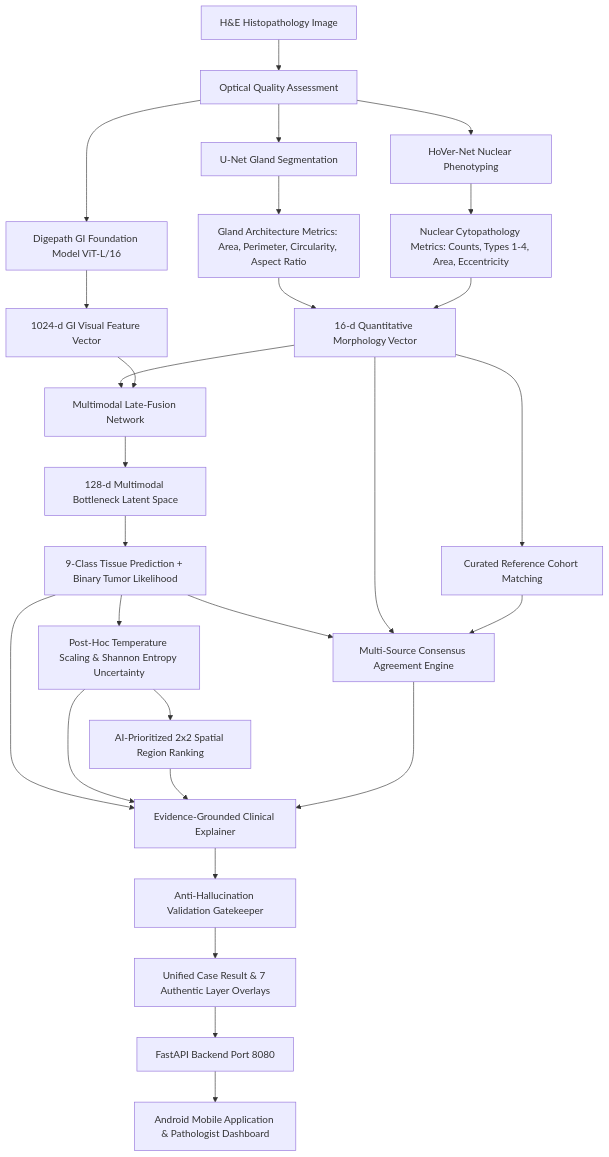
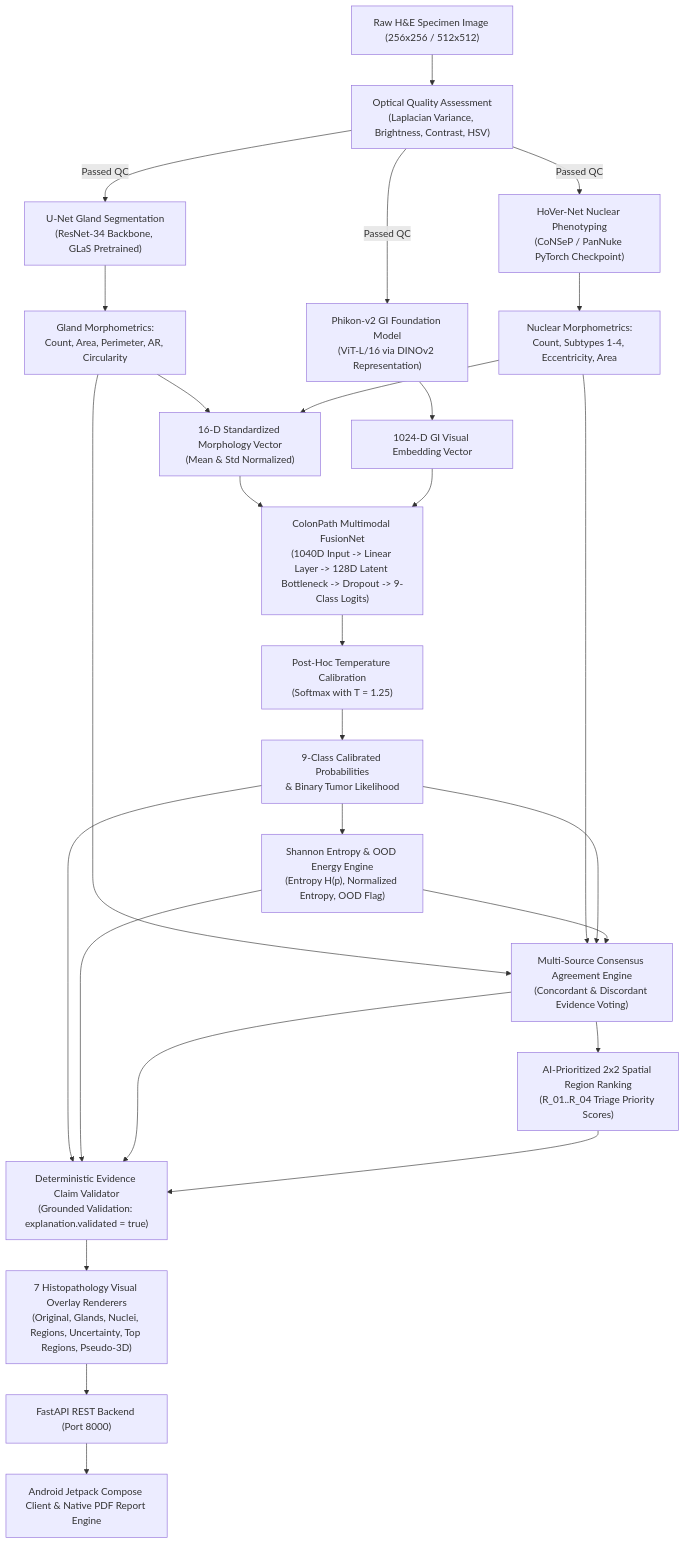
One commit to Adithya-PK/colonPath changed the diagram in README.md. Above: the diagram before and after it, drawn with Mermaid. The commit also changed other lines of this file, not shown here.

Commit message:
docs: comprehensive master documentation with scientific provenance, feature matrix, mathematical formulations, citations, and jury defense guide

````diff
--- a/README.md
+++ b/README.md
@@ -50,30 +130,32 @@
 ```mermaid
 flowchart TD
-    A[H&E Histopathology Image] --> B[Optical Quality Assessment]
-    B --> C[U-Net Gland Segmentation]
-    B --> D[HoVer-Net Nuclear Phenotyping]
-    B --> E[Digepath GI Foundation Model ViT-L/16]
+    A["Raw H&E Specimen Image (256x256 / 512x512)"] --> B["Optical Quality Assessment\n(Laplacian Variance, Brightness, Contrast, HSV)"]
     
-    C --> F[Gland Architecture Metrics: Area, Perimeter, Circularity, Aspect Ratio]
-    D --> G[Nuclear Cytopathology Metrics: Counts, Types 1-4, Area, Eccentricity]
+    B -->|"Passed QC"| C["U-Net Gland Segmentation\n(ResNet-34 Backbone, GLaS Pretrained)"]
+    B -->|"Passed QC"| D["HoVer-Net Nuclear Phenotyping\n(CoNSeP / PanNuke PyTorch Checkpoint)"]
+    B -->|"Passed QC"| E["Phikon-v2 GI Foundation Model\n(ViT-L/16 via DINOv2 Representation)"]
     
-    F & G --> H[16-d Quantitative Morphology Vector]
-    E --> I[1024-d GI Visual Feature Vector]
+    C --> F["Gland Morphometrics:\nCount, Area, Perimeter, AR, Circularity"]
+    D --> G["Nuclear Morphometrics:\nCount, Subtypes 1-4, Eccentricity, Area"]
     
-    H & I --> J[Multimodal Late-Fusion Network]
-    J --> K[128-d Multimodal Bottleneck Latent Space]
+    F & G --> H["16-D Standardized Morphology Vector\n(Mean & Std Normalized)"]
+    E --> I["1024-D GI Visual Embedding Vector"]
     
-    K --> L[9-Class Tissue Prediction + Binary Tumor Likelihood]
-    L --> M[Post-Hoc Temperature Scaling & Shannon Entropy Uncertainty]
-    M --> N[AI-Prioritized 2x2 Spatial Region Ranking]
+    H & I --> J["ColonPath Multimodal FusionNet\n(1040D Input -> Linear Layer -> 128D Latent Bottleneck -> Dropout -> 9-Class Logits)"]
     
-    H --> O[Curated Reference Cohort Matching]
-    L & H & O --> P[Multi-Source Consensus Agreement Engine]
+    J --> K["Post-Hoc Temperature Calibration\n(Softmax with T = 1.25)"]
+    K --> L["9-Class Calibrated Probabilities\n& Binary Tumor Likelihood"]
     
-    L & M & N & P --> Q[Evidence-Grounded Clinical Explainer]
-    Q --> R[Anti-Hallucination Validation Gatekeeper]
+    L --> M["Shannon Entropy & OOD Energy Engine\n(Entropy H(p), Normalized Entropy, OOD Flag)"]
     
-    R --> S[Unified Case Result & 7 Authentic Layer Overlays]
-    S --> T[FastAPI Backend Port 8080]
-    T --> U[Android Mobile Application & Pathologist Dashboard]
+    F & G & L & M --> N["Multi-Source Consensus Agreement Engine\n(Concordant & Discordant Evidence Voting)"]
+    
+    N --> O["AI-Prioritized 2x2 Spatial Region Ranking\n(R_01..R_04 Triage Priority Scores)"]
+    
+    L & M & N & O --> P["Deterministic Evidence Claim Validator\n(Grounded Validation: explanation.validated = true)"]
+    
+    P --> Q["7 Histopathology Visual Overlay Renderers\n(Original, Glands, Nuclei, Regions, Uncertainty, Top Regions, Pseudo-3D)"]
+    
+    Q --> R["FastAPI REST Backend (Port 8000)"]
+    R --> S["Android Jetpack Compose Client & Native PDF Report Engine"]
 ```
````
